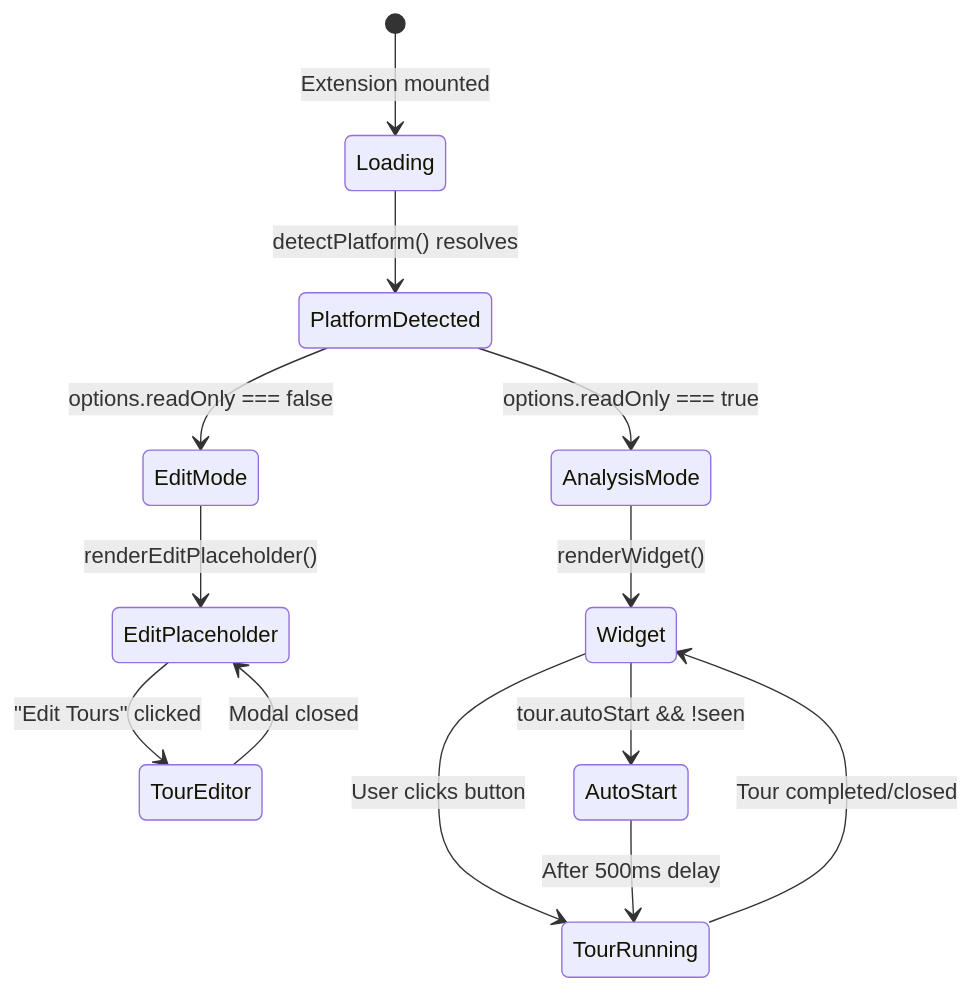
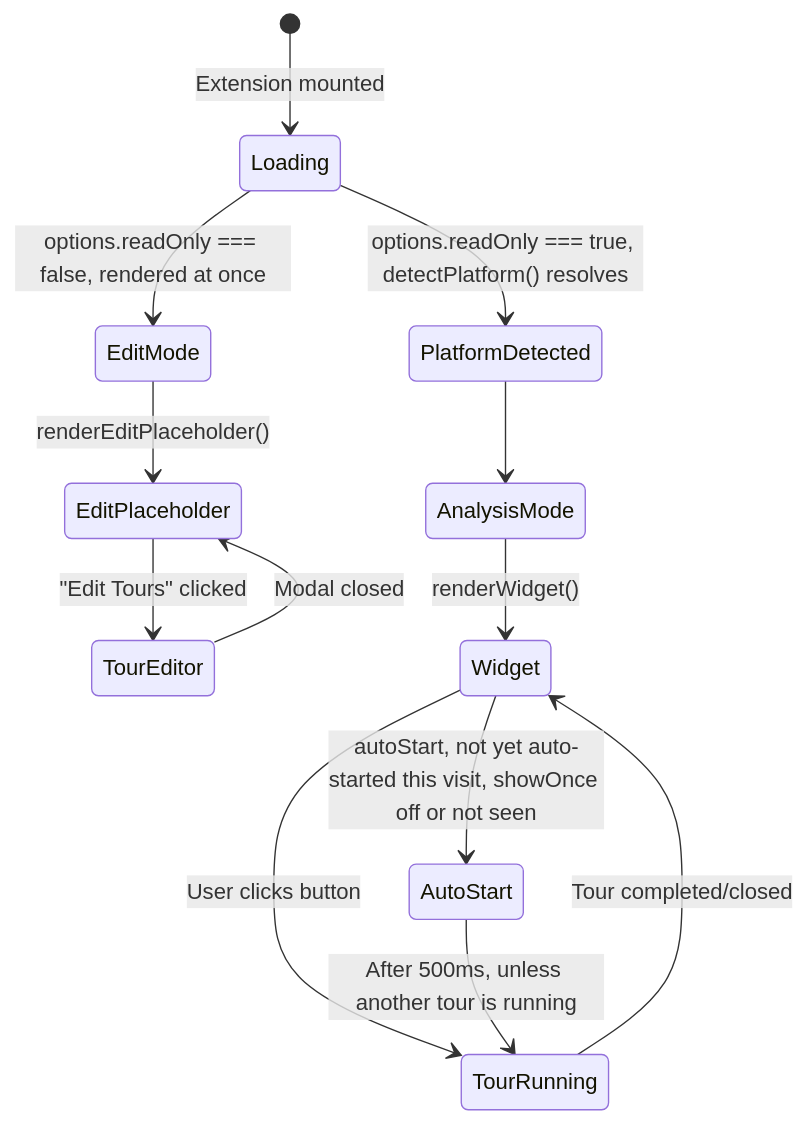
Before and after one commit to ptarmiganlabs/onboard.qs: the fifth of 5 diagrams in docs/ARCHITECTURE.md, drawn with Mermaid. The commit also changed other lines of this file, not shown here.

First line of the commit message:
docs(architecture): match the lifecycle, data flows and file tree to src/

````diff
--- a/docs/ARCHITECTURE.md
+++ b/docs/ARCHITECTURE.md
@@ -190,17 +192,17 @@
 ```mermaid
 stateDiagram-v2
     [*] --> Loading: Extension mounted
-    Loading --> PlatformDetected: detectPlatform() resolves
-    PlatformDetected --> EditMode: options.readOnly === false
-    PlatformDetected --> AnalysisMode: options.readOnly === true
+    Loading --> EditMode: options.readOnly === false, rendered at once
+    Loading --> PlatformDetected: options.readOnly === true, detectPlatform() resolves
+    PlatformDetected --> AnalysisMode
 
     EditMode --> EditPlaceholder: renderEditPlaceholder()
     EditPlaceholder --> TourEditor: "Edit Tours" clicked
     TourEditor --> EditPlaceholder: Modal closed
 
     AnalysisMode --> Widget: renderWidget()
-    Widget --> AutoStart: tour.autoStart && !seen
+    Widget --> AutoStart: autoStart, not yet auto-started this visit, showOnce off or not seen
     Widget --> TourRunning: User clicks button
-    AutoStart --> TourRunning: After 500ms delay
+    AutoStart --> TourRunning: After 500ms, unless another tour is running
     TourRunning --> Widget: Tour completed/closed
 ```
````
